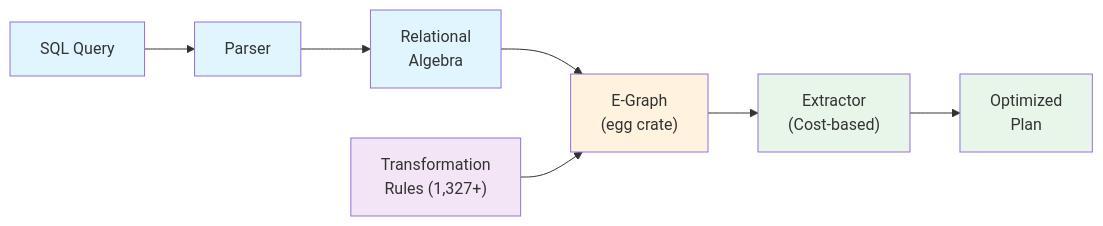
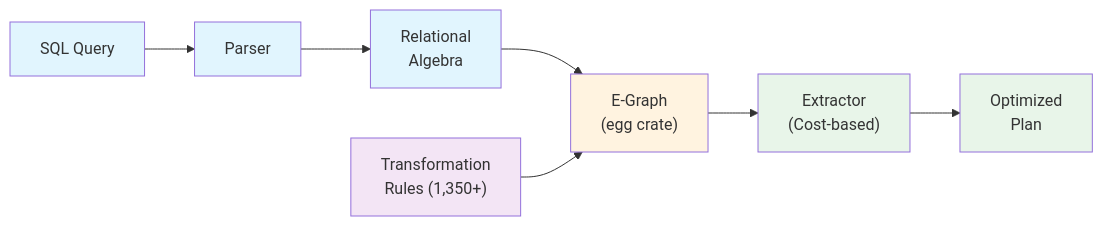
Before and after one commit to gburd/ra: the diagram in docs/readme.md, drawn with Mermaid. The commit also changed other lines of this file and 3 other files, not shown here.

````diff
--- a/docs/readme.md
+++ b/docs/readme.md
@@ -133,17 +133,17 @@
 ```mermaid
 graph LR
     SQL["SQL Query"] --> Parser["Parser"]
     Parser --> RA["Relational<br/>Algebra"]
     RA --> EGraph["E-Graph<br/>(egg crate)"]
-    Rules["Transformation<br/>Rules (1,327+)"] --> EGraph
+    Rules["Transformation<br/>Rules (1,350+)"] --> EGraph
     EGraph --> Extractor["Extractor<br/>(Cost-based)"]
     Extractor --> Plan["Optimized<br/>Plan"]
 
     style SQL fill:#e1f5fe
     style Parser fill:#e1f5fe
     style RA fill:#e1f5fe
     style EGraph fill:#fff3e0
     style Rules fill:#f3e5f5
     style Extractor fill:#e8f5e9
     style Plan fill:#e8f5e9
 ```
````
